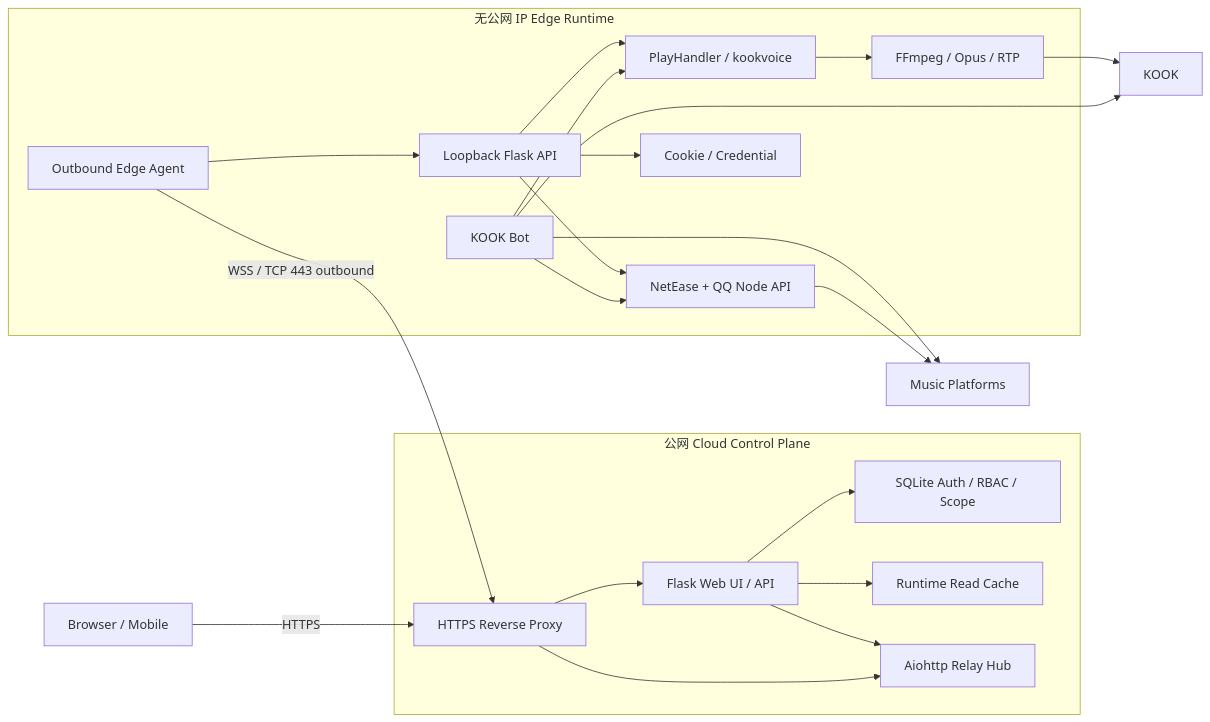
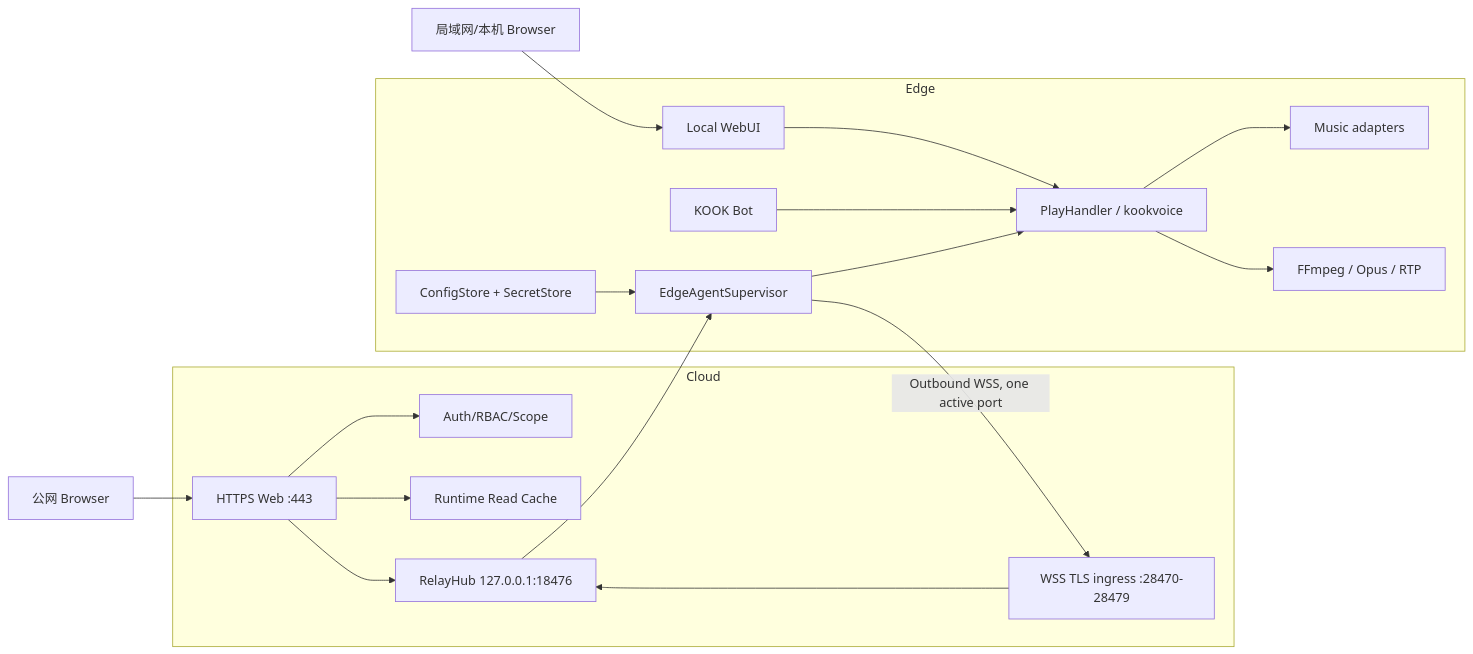
Before and after one commit to xrggen/Kook_Web_Music: the diagram in docs/cloud-edge-architecture.md, drawn with Mermaid. The commit also changed other lines of this file, not shown here.

Commit message:
docs: converge Cloud Edge architecture on local UI and WSS port pool

````diff
--- a/docs/cloud-edge-architecture.md
+++ b/docs/cloud-edge-architecture.md
@@ -24,48 +16,38 @@
 ```mermaid
 flowchart LR
-    U[Browser / Mobile]
+    U[公网 Browser]
+    L[局域网/本机 Browser]
 
-    subgraph CLOUD["公网 Cloud Control Plane"]
-        RP[HTTPS Reverse Proxy]
-        WEB[Flask Web UI / API]
-        AUTH[SQLite Auth / RBAC / Scope]
-        CACHE[Runtime Read Cache]
-        HUB[Aiohttp Relay Hub]
+    subgraph CLOUD["Cloud"]
+      WEB[HTTPS Web :443]
+      AUTH[Auth/RBAC/Scope]
+      CACHE[Runtime Read Cache]
+      PROXY[WSS TLS ingress :28470-28479]
+      HUB[RelayHub 127.0.0.1:18476]
     end
 
-    subgraph EDGE["无公网 IP Edge Runtime"]
-        AGENT[Outbound Edge Agent]
-        LOCAL[Loopback Flask API]
-        BOT[KOOK Bot]
-        PLAY[PlayHandler / kookvoice]
-        NODE[NetEase + QQ Node API]
-        CREDS[Cookie / Credential]
-        FFMPEG[FFmpeg / Opus / RTP]
+    subgraph EDGE["Edge"]
+      LUI[Local WebUI]
+      SUP[EdgeAgentSupervisor]
+      CFG[ConfigStore + SecretStore]
+      BOT[KOOK Bot]
+      RT[PlayHandler / kookvoice]
+      MUSIC[Music adapters]
+      FFMPEG[FFmpeg / Opus / RTP]
     end
 
-    KOOK[KOOK]
-    MUSIC[Music Platforms]
-
-    U -->|HTTPS| RP
-    RP --> WEB
+    U --> WEB
     WEB --> AUTH
     WEB --> CACHE
     WEB --> HUB
-
-    AGENT -->|WSS / TCP 443 outbound| RP
-    RP --> HUB
-
-    AGENT --> LOCAL
-    LOCAL --> PLAY
-    LOCAL --> NODE
-    LOCAL --> CREDS
-
-    BOT --> PLAY
-    BOT --> NODE
-    BOT --> MUSIC
-
-    PLAY --> FFMPEG
-    FFMPEG --> KOOK
-    BOT --> KOOK
-    NODE --> MUSIC
+    PROXY --> HUB
+    SUP -->|Outbound WSS, one active port| PROXY
+    CFG --> SUP
+    L --> LUI
+    LUI --> RT
+    BOT --> RT
+    HUB --> SUP
+    SUP --> RT
+    RT --> FFMPEG
+    RT --> MUSIC
 ```
````
